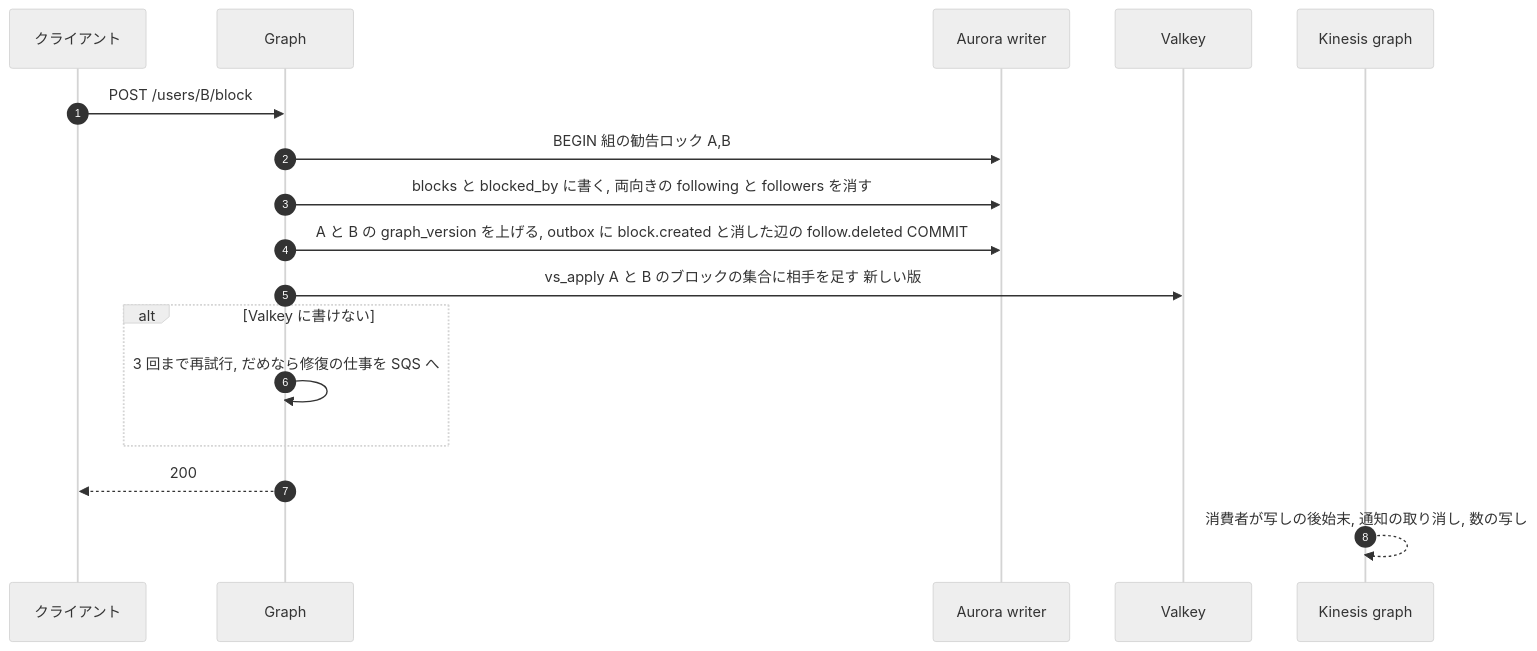
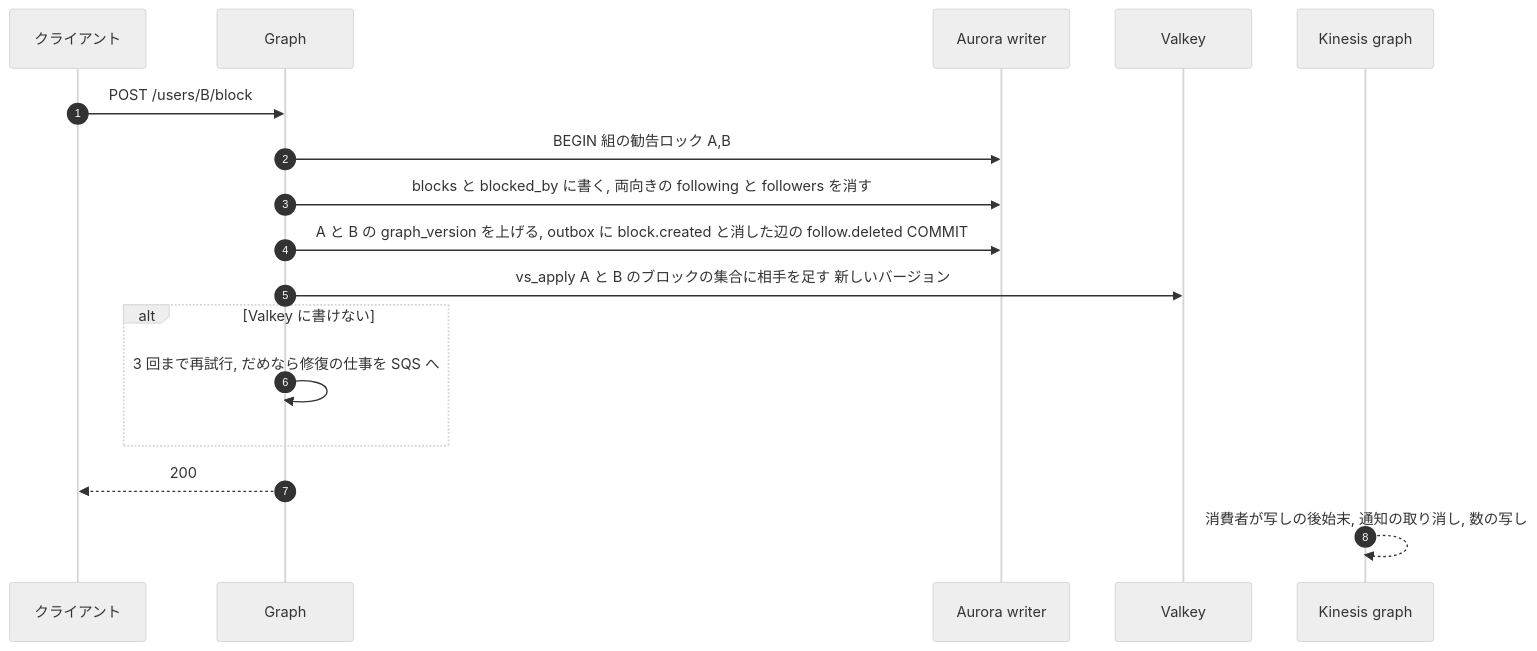
The third of 4 diagrams in systems/x/docs/architecture/follow-graph.md (shoito/rebuilds), drawn with Mermaid (neutral theme) before and after one commit. The commit also changed other lines of this file and 793 other files, not shown here.

````diff
--- a/systems/x/docs/architecture/follow-graph.md
+++ b/systems/x/docs/architecture/follow-graph.md
@@ -158,19 +158,19 @@
 ```mermaid
 sequenceDiagram
     autonumber
     participant C as クライアント
     participant G as Graph
     participant DB as Aurora writer
     participant V as Valkey
     participant K as Kinesis graph
     C->>G: POST /users/B/block
     G->>DB: BEGIN 組の勧告ロック A,B
     G->>DB: blocks と blocked_by に書く, 両向きの following と followers を消す
     G->>DB: A と B の graph_version を上げる, outbox に block.created と消した辺の follow.deleted COMMIT
-    G->>V: vs_apply A と B のブロックの集合に相手を足す 新しい版
+    G->>V: vs_apply A と B のブロックの集合に相手を足す 新しいバージョン
     alt Valkey に書けない
         G->>G: 3 回まで再試行, だめなら修復の仕事を SQS へ
     end
     G-->>C: 200
     K-->>K: 消費者が写しの後始末, 通知の取り消し, 数の写し
 ```
````
